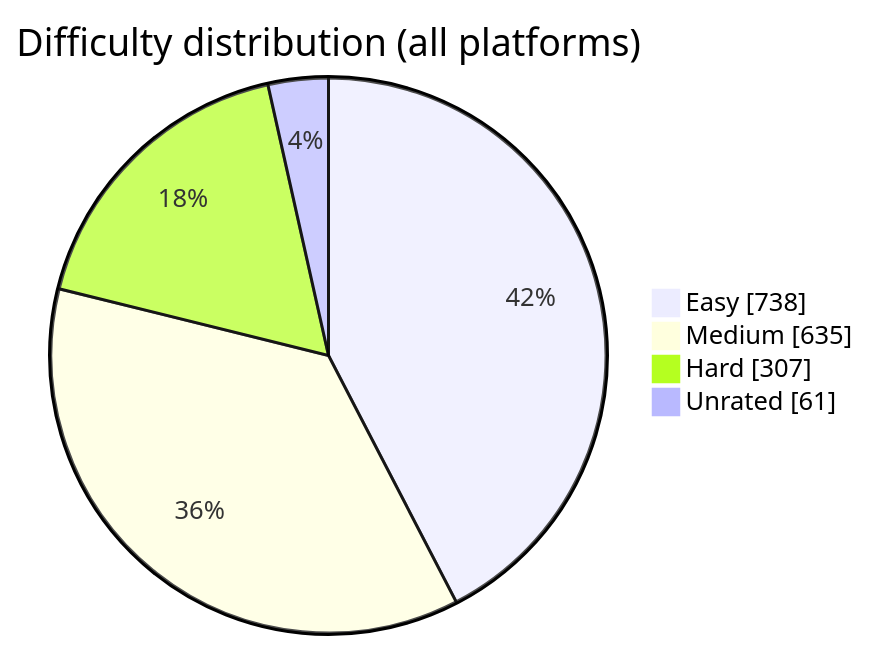
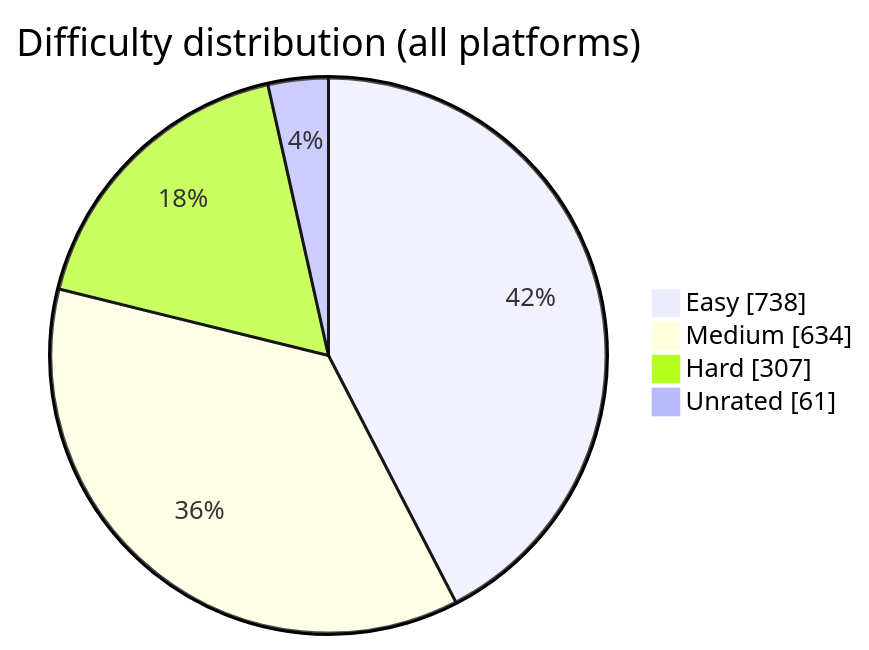
One commit to BuildbyArindam/Daily-Coding-Log changed the diagram in README.md. Above: the diagram before and after it, drawn with Mermaid. The commit also changed other lines of this file, not shown here.

````diff
--- a/README.md
+++ b/README.md
@@ -93,7 +93,7 @@
 ```mermaid
 pie showData title Difficulty distribution (all platforms)
     "Easy" : 738
-    "Medium" : 635
+    "Medium" : 634
     "Hard" : 307
     "Unrated" : 61
 ```
````
